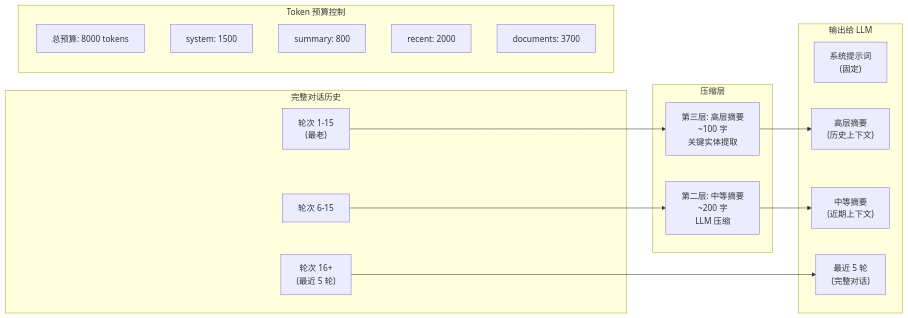
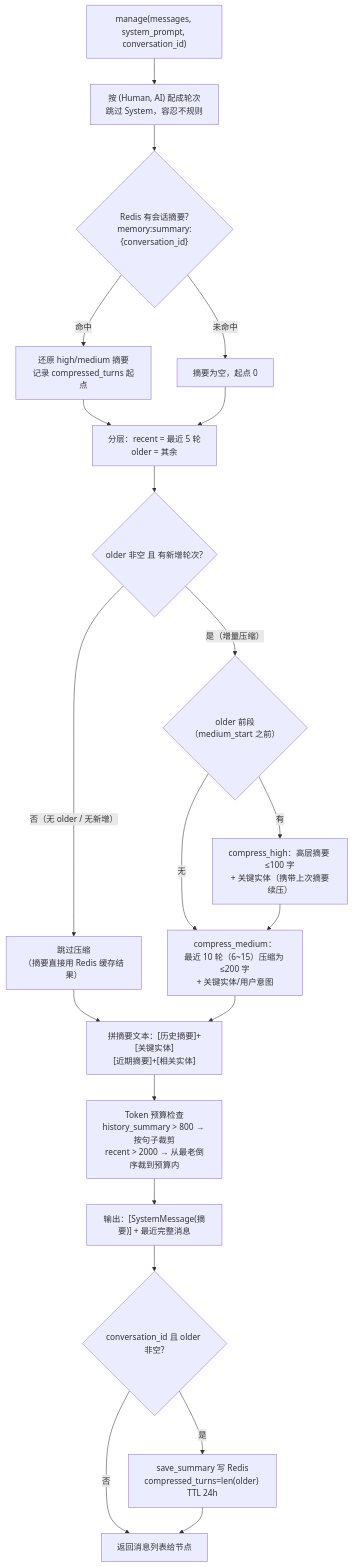
Before and after one commit to blowt16/SmartCS-Agent: diagram 19 of 34 in docs/PROJECT_ANALYSIS.md, drawn with Mermaid. The commit also changed other lines of this file, not shown here.

Commit message:
[docs] PROJECT_ANALYSIS §4 核心模块详解按代码实测重写——总分结构：入口到出口逐模块总图+子图（售前 MultiTool 子图/ragTool 混合检索管线、两 @tool 三态协议与未 bind 现状、记忆增量压缩、语义缓存同源链路等按 2026-09-02 真实代码落笔）

````diff
--- a/docs/PROJECT_ANALYSIS.md
+++ b/docs/PROJECT_ANALYSIS.md
@@ -397,32 +675,23 @@
 ```mermaid
-flowchart LR
-    subgraph Input["完整对话历史"]
-        M1["轮次 1-15<br/>(最老)"]
-        M2["轮次 6-15"]
-        M3["轮次 16+<br/>(最近 5 轮)"]
-    end
-
-    subgraph Compress["压缩层"]
-        C1["第三层: 高层摘要<br/>~100 字<br/>关键实体提取"]
-        C2["第二层: 中等摘要<br/>~200 字<br/>LLM 压缩"]
-    end
-
-    subgraph Output["输出给 LLM"]
-        O1["系统提示词<br/>(固定)"]
-        O2["高层摘要<br/>(历史上下文)"]
-        O3["中等摘要<br/>(近期上下文)"]
-        O4["最近 5 轮<br/>(完整对话)"]
-    end
-
-    M1 --> C1 --> O2
-    M2 --> C2 --> O3
-    M3 --> O4
-
-    subgraph Budget["Token 预算控制"]
-        B1["总预算: 8000 tokens"]
-        B2["system: 1500"]
-        B3["summary: 800"]
-        B4["recent: 2000"]
-        B5["documents: 3700"]
-    end
+flowchart TD
+    A["manage(messages, system_prompt, conversation_id)"] --> B["按 (Human, AI) 配成轮次<br/>跳过 System，容忍不规则"]
+    B --> C{"Redis 有会话摘要?<br/>memory:summary:{conversation_id}"}
+    C -->|"命中"| D["还原 high/medium 摘要<br/>记录 compressed_turns 起点"]
+    C -->|"未命中"| E["摘要为空，起点 0"]
+    D --> F["分层：recent = 最近 5 轮<br/>older = 其余"]
+    E --> F
+    F --> G{"older 非空 且 有新增轮次?"}
+    G -->|"是（增量压缩）"| H1{"older 前段（medium_start 之前）"}
+    H1 -->|"有"| HI["compress_high：高层摘要 ≤100 字<br/>+ 关键实体（携带上次摘要续压）"]
+    H1 -->|"无"| MI
+    G -->|"否（无 older / 无新增）"| SKIP2["跳过压缩<br/>（摘要直接用 Redis 缓存结果）"]
+    HI --> MI["compress_medium：<br/>最近 10 轮（6~15）压缩为 ≤200 字<br/>+ 关键实体/用户意图"]
+    SKIP2 --> S
+    MI --> S["拼摘要文本：[历史摘要]+[关键实体]<br/>[近期摘要]+[相关实体]"]
+    S --> T["Token 预算检查<br/>history_summary > 800 → 按句子裁剪<br/>recent > 2000 → 从最老倒序裁到预算内"]
+    T --> O["输出：[SystemMessage(摘要)] + 最近完整消息"]
+    O --> W{"conversation_id 且 older 非空?"}
+    W -->|"是"| SV["save_summary 写 Redis<br/>compressed_turns=len(older) TTL 24h"]
+    W -->|"否"| RT["返回消息列表给节点"]
+    SV --> RT
 ```
````
